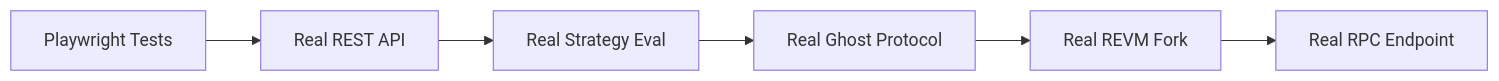
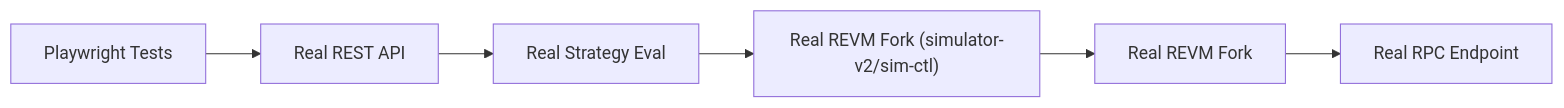
One commit to hefarica/arbitragex-v2 changed the second of 2 diagrams in docs/explanation/doctrine-zero-mocks.md. Above: the diagram before and after it, drawn with Mermaid. The commit also changed other lines of this file and 21 other files, not shown here.

````diff
--- a/docs/explanation/doctrine-zero-mocks.md
+++ b/docs/explanation/doctrine-zero-mocks.md
@@ -91,8 +91,8 @@
 ```mermaid
 graph LR
     E2E["Playwright Tests"] --> REST["Real REST API"]
     REST --> SE["Real Strategy Eval"]
-    SE --> GP["Real Ghost Protocol"]
+    SE --> GP["Real REVM Fork (simulator-v2/sim-ctl)"]
     GP --> EVM["Real REVM Fork"]
     EVM --> RPC["Real RPC Endpoint"]
 ```
````
